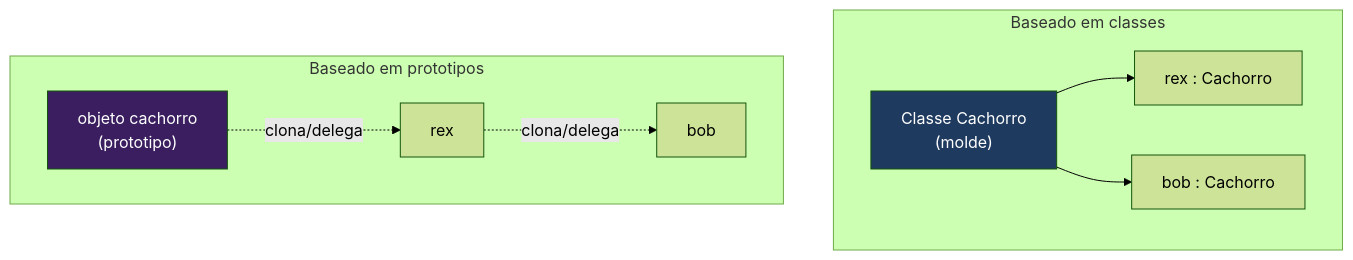
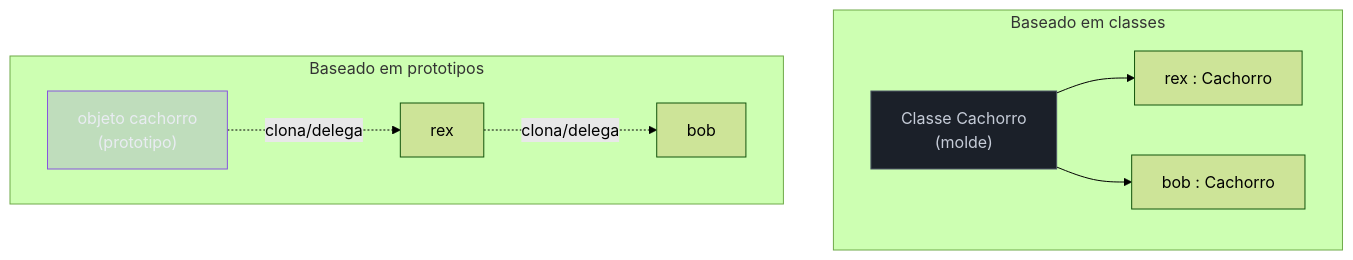
The third of 6 diagrams in 03-Dominios/Ciência/Paradigmas/03 - O paradigma orientado a objetos.md (josenaldo/codex-technomanticus), drawn with Mermaid (forest theme) before and after one commit. The commit also changed other lines of this file and 1181 other files, not shown here.

First line of the commit message:
fix(diagramas): paleta do sistema no lugar de cor cravada no markdown

````diff
--- a/03-Dominios/Ciência/Paradigmas/03 - O paradigma orientado a objetos.md
+++ b/03-Dominios/Ciência/Paradigmas/03 - O paradigma orientado a objetos.md
@@ -111,15 +114,17 @@
 ```mermaid
 flowchart TB
+    classDef neutro fill:#1B2029,stroke:#4E5666,color:#C6CCD8
+    classDef marca fill:#8855DF33,stroke:#8855DF,color:#E9ECF2
     subgraph CLS["Baseado em classes"]
         Classe["Classe Cachorro<br/>(molde)"]
         Classe --> Inst1["rex : Cachorro"]
         Classe --> Inst2["bob : Cachorro"]
     end
     subgraph PROT["Baseado em prototipos"]
         Proto["objeto cachorro<br/>(prototipo)"]
         Proto -.->|"clona/delega"| Obj1["rex"]
         Obj1 -.->|"clona/delega"| Obj2["bob"]
     end
-    style Classe fill:#1e3a5f,color:#fff
-    style Proto fill:#3a1e5f,color:#fff
+    class Classe neutro
+    class Proto marca
 ```
````
